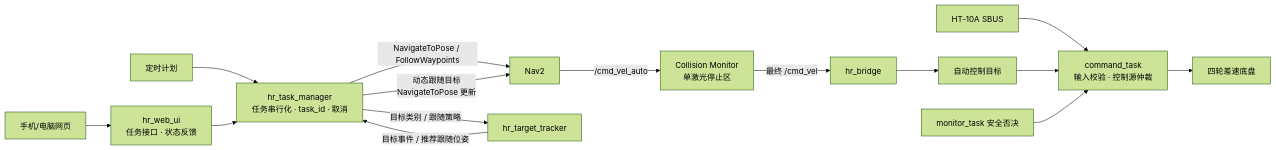
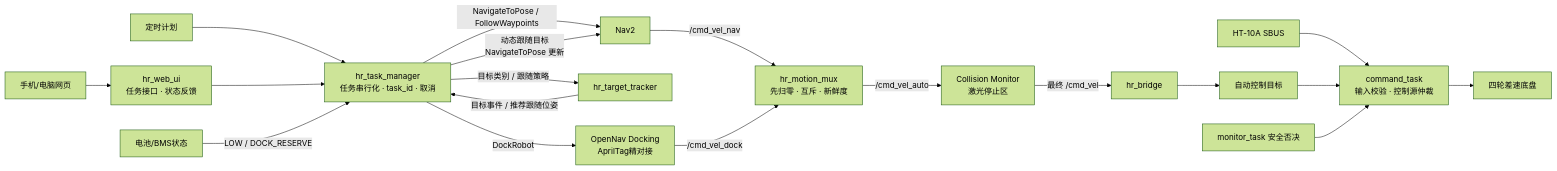
The fourth of 32 diagrams in 家庭服务机器人技术方案.md (JosephQ47/Home_robot), drawn with Mermaid (forest theme) before and after one commit. The commit also changed other lines of this file, not shown here.

````diff
--- a/家庭服务机器人技术方案.md
+++ b/家庭服务机器人技术方案.md
@@ -277,17 +332,21 @@
 ```mermaid
 flowchart LR
   TIMER["定时计划"] --> TM["hr_task_manager<br/>任务串行化 · task_id · 取消"]
   WEB["手机/电脑网页"] --> WEBAPI["hr_web_ui<br/>任务接口 · 状态反馈"]
   WEBAPI --> TM
+  BAT["电池/BMS状态"] -->|"LOW / DOCK_RESERVE"| TM
   TM -->|"NavigateToPose / FollowWaypoints"| NAV2["Nav2"]
   TM -->|"目标类别 / 跟随策略"| TRACK["hr_target_tracker"]
   TRACK -->|"目标事件 / 推荐跟随位姿"| TM
   TM -->|"动态跟随目标<br/>NavigateToPose 更新"| NAV2
-  NAV2 -->|"/cmd_vel_auto"| VELSAFE["Collision Monitor<br/>单激光停止区"]
+  TM -->|"DockRobot"| DOCK["OpenNav Docking<br/>AprilTag精对接"]
+  NAV2 -->|"/cmd_vel_nav"| MUX["hr_motion_mux<br/>先归零 · 互斥 · 新鲜度"]
+  DOCK -->|"/cmd_vel_dock"| MUX
+  MUX -->|"/cmd_vel_auto"| VELSAFE["Collision Monitor<br/>激光停止区"]
   VELSAFE -->|"最终 /cmd_vel"| BR["hr_bridge"]
   BR --> AUTO["自动控制目标"]
   RC["HT-10A SBUS"] --> ARB["command_task<br/>输入校验 · 控制源仲裁"]
   AUTO --> ARB
   SAFE["monitor_task 安全否决"] --> ARB
   ARB --> EXEC["四轮差速底盘"]
 ```
````
